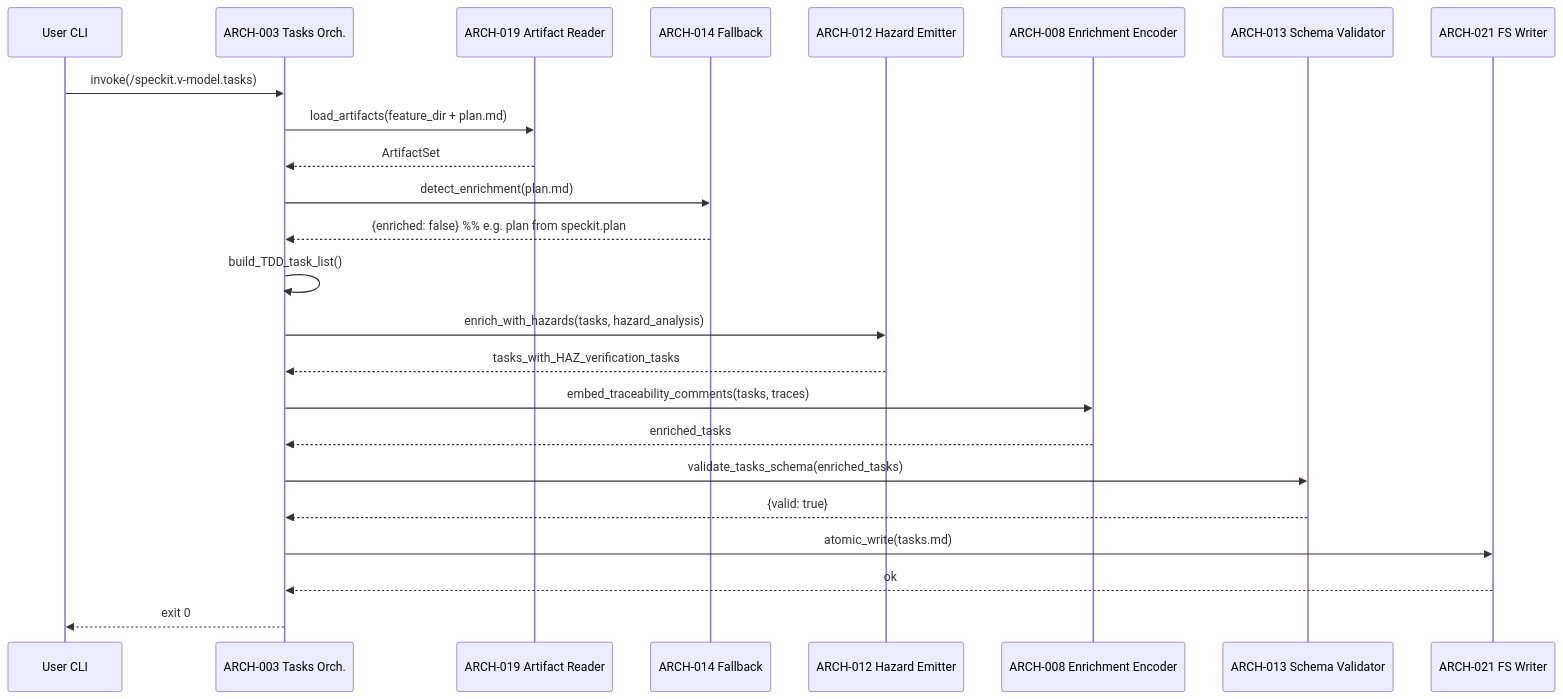
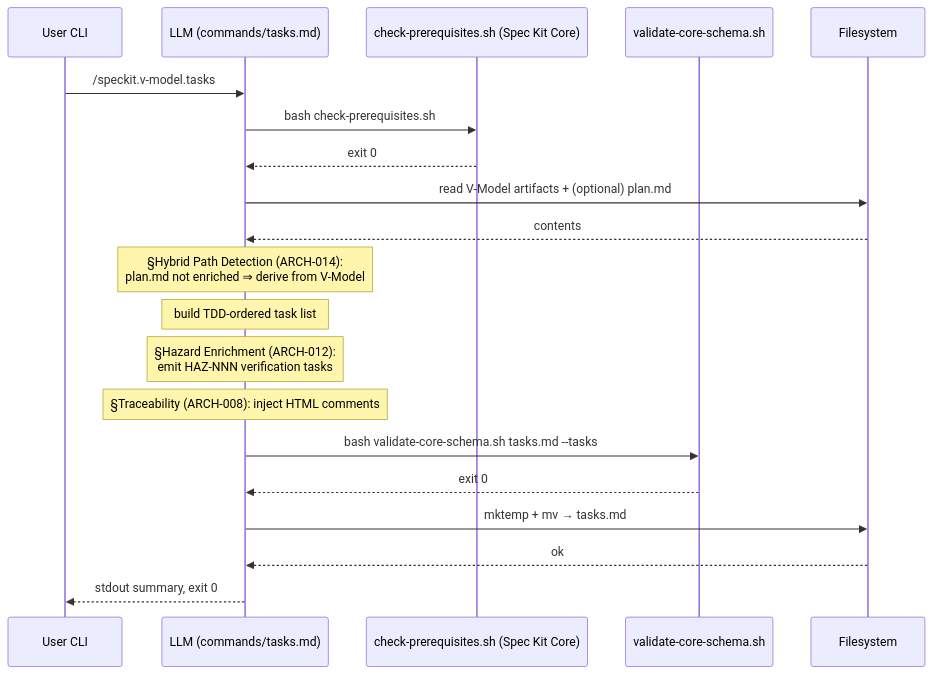
Before and after one commit to leocamello/spec-kit-v-model: the third of 3 diagrams in specs/007-bridge-commands/v-model/architecture-design.md, drawn with Mermaid. The commit also changed other lines of this file, not shown here.

````diff
--- a/specs/007-bridge-commands/v-model/architecture-design.md
+++ b/specs/007-bridge-commands/v-model/architecture-design.md
@@ -181,27 +202,23 @@
 ```mermaid
 sequenceDiagram
     participant CLI as User CLI
-    participant A3 as ARCH-003 Tasks Orch.
-    participant A19 as ARCH-019 Artifact Reader
-    participant A14 as ARCH-014 Fallback
-    participant A12 as ARCH-012 Hazard Emitter
-    participant A8 as ARCH-008 Enrichment Encoder
-    participant A13 as ARCH-013 Schema Validator
-    participant A21 as ARCH-021 FS Writer
+    participant LLM as LLM (commands/tasks.md)
+    participant Pre as check-prerequisites.sh (Spec Kit Core)
+    participant Schema as validate-core-schema.sh
+    participant FS as Filesystem
 
-    CLI->>A3: invoke(/speckit.v-model.tasks)
-    A3->>A19: load_artifacts(feature_dir + plan.md)
-    A19-->>A3: ArtifactSet
-    A3->>A14: detect_enrichment(plan.md)
-    A14-->>A3: {enriched: false}  %% e.g. plan from speckit.plan
-    A3->>A3: build_TDD_task_list()
-    A3->>A12: enrich_with_hazards(tasks, hazard_analysis)
-    A12-->>A3: tasks_with_HAZ_verification_tasks
-    A3->>A8: embed_traceability_comments(tasks, traces)
-    A8-->>A3: enriched_tasks
-    A3->>A13: validate_tasks_schema(enriched_tasks)
-    A13-->>A3: {valid: true}
-    A3->>A21: atomic_write(tasks.md)
-    A21-->>A3: ok
-    A3-->>CLI: exit 0
+    CLI->>LLM: /speckit.v-model.tasks
+    LLM->>Pre: bash check-prerequisites.sh
+    Pre-->>LLM: exit 0
+    LLM->>FS: read V-Model artifacts + (optional) plan.md
+    FS-->>LLM: contents
+    Note over LLM: §Hybrid Path Detection (ARCH-014):<br/>plan.md not enriched ⇒ derive from V-Model
+    Note over LLM: build TDD-ordered task list
+    Note over LLM: §Hazard Enrichment (ARCH-012):<br/>emit HAZ-NNN verification tasks
+    Note over LLM: §Traceability (ARCH-008): inject HTML comments
+    LLM->>Schema: bash validate-core-schema.sh tasks.md --tasks
+    Schema-->>LLM: exit 0
+    LLM->>FS: mktemp + mv → tasks.md
+    FS-->>LLM: ok
+    LLM-->>CLI: stdout summary, exit 0
 ```
````
